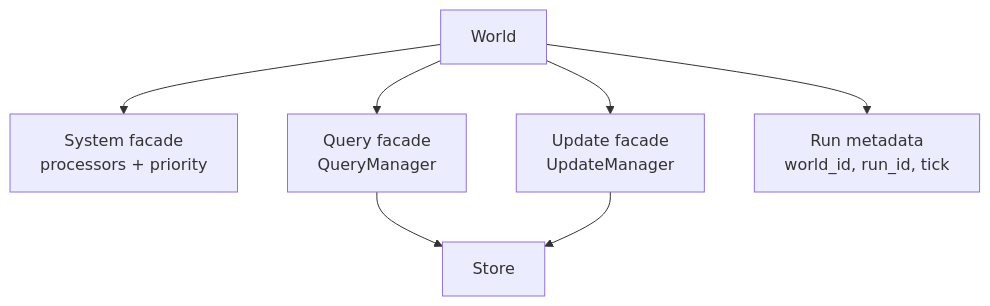
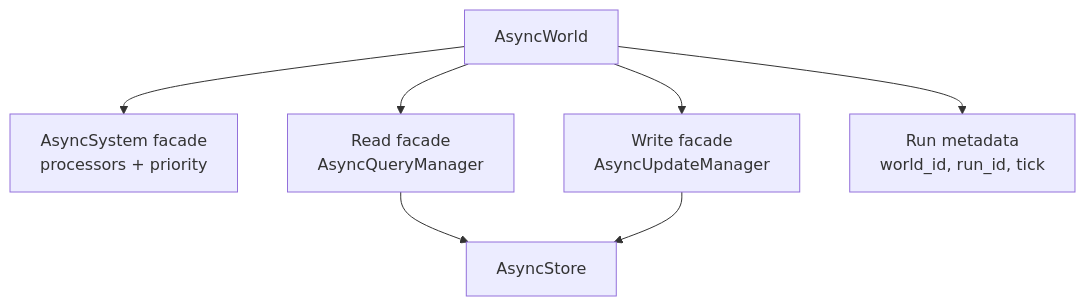
The third of 7 diagrams in docs/guide/core-architecture.md (VangelisTech/archetype), drawn with Mermaid before and after one commit. The commit also changed other lines of this file and 64 other files, not shown here.

````diff
--- a/docs/guide/core-architecture.md
+++ b/docs/guide/core-architecture.md
@@ -94,10 +95,10 @@
 ```mermaid
 graph TB
-    World["World"]
-    World --> Sys["System facade<br/>processors + priority"]
-    World --> Q["Query facade<br/>QueryManager"]
-    World --> U["Update facade<br/>UpdateManager"]
+    World["AsyncWorld"]
+    World --> Sys["AsyncSystem facade<br/>processors + priority"]
+    World --> Q["Read facade<br/>AsyncQueryManager"]
+    World --> U["Write facade<br/>AsyncUpdateManager"]
     World --> Meta["Run metadata<br/>world_id, run_id, tick"]
-    Q --> Store["Store"]
+    Q --> Store["AsyncStore"]
     U --> Store
 ```
````
